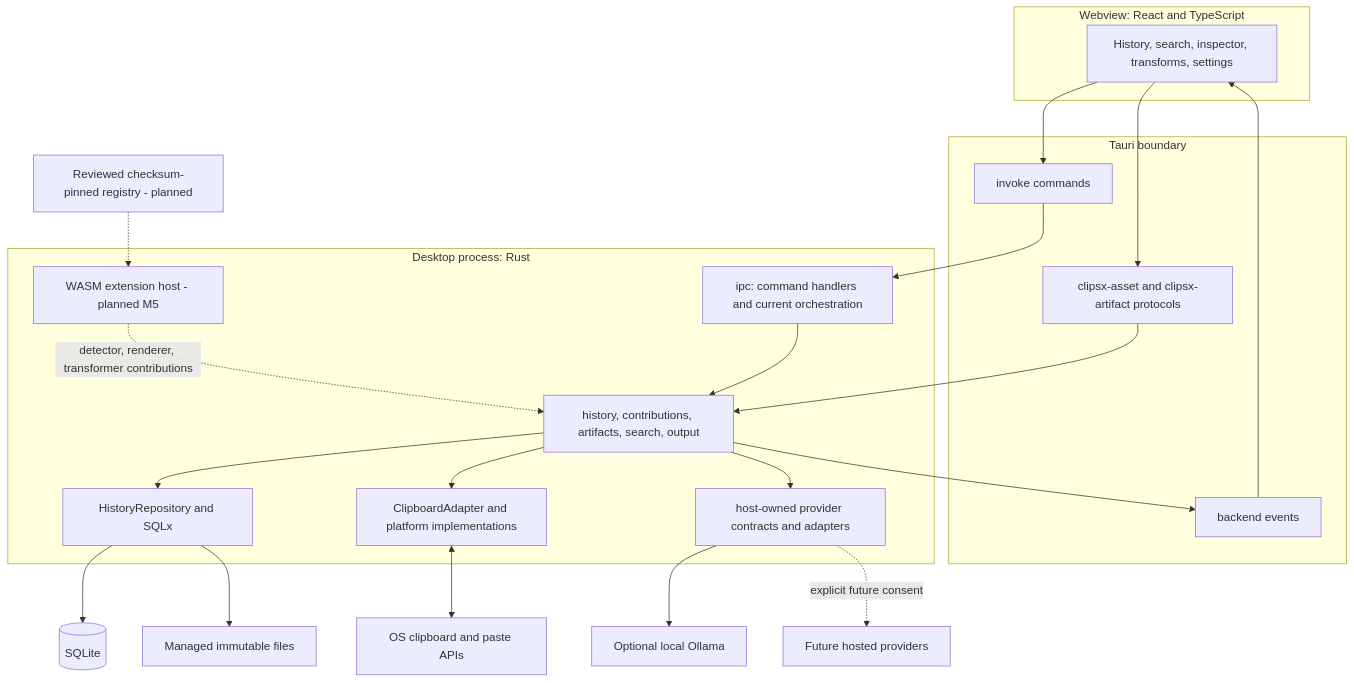
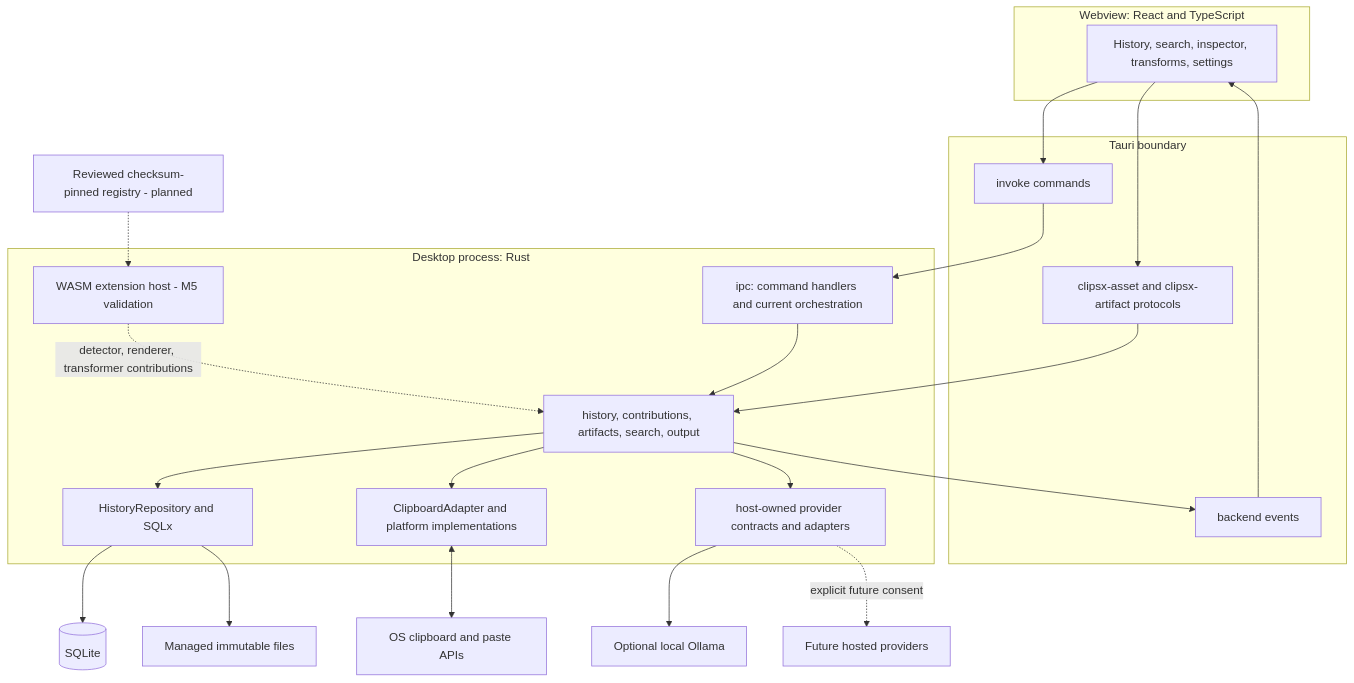
The first of 5 diagrams in docs/ARCHITECTURE.md (azure06/clipsx), drawn with Mermaid before and after one commit. The commit also changed other lines of this file and 2 other files, not shown here.

Commit message:
docs: consolidate architecture roadmap

````diff
--- a/docs/ARCHITECTURE.md
+++ b/docs/ARCHITECTURE.md
@@ -32,36 +62,32 @@
 ```mermaid
 flowchart TB
   subgraph Webview["Webview: React and TypeScript"]
     UI["History, search, inspector, transforms, settings"]
   end
-
   subgraph Boundary["Tauri boundary"]
     Commands["invoke commands"]
     Events["backend events"]
     Protocols["clipsx-asset and clipsx-artifact protocols"]
   end
-
   subgraph Rust["Desktop process: Rust"]
     IPC["ipc: command handlers and current orchestration"]
     Services["history, contributions, artifacts, search, output"]
     Providers["host-owned provider contracts and adapters"]
-    ExtensionHost["WASM extension host - planned M5"]
+    ExtensionHost["WASM extension host - M5 validation"]
     Repository["HistoryRepository and SQLx"]
     Clipboard["ClipboardAdapter and platform implementations"]
   end
-
   UI --> Commands --> IPC --> Services
   Services --> Events --> UI
   UI --> Protocols --> Services
   Services --> Repository
   Services --> Clipboard
   Services --> Providers
   ExtensionHost -. "detector, renderer, transformer contributions" .-> Services
-
   Repository --> SQLite[(SQLite)]
   Repository --> Managed["Managed immutable files"]
   Clipboard <--> OS["OS clipboard and paste APIs"]
   Providers --> Ollama["Optional local Ollama"]
   Providers -. "explicit future consent" .-> Hosted["Future hosted providers"]
   Registry["Reviewed checksum-pinned registry - planned"] -.-> ExtensionHost
 ```
````
